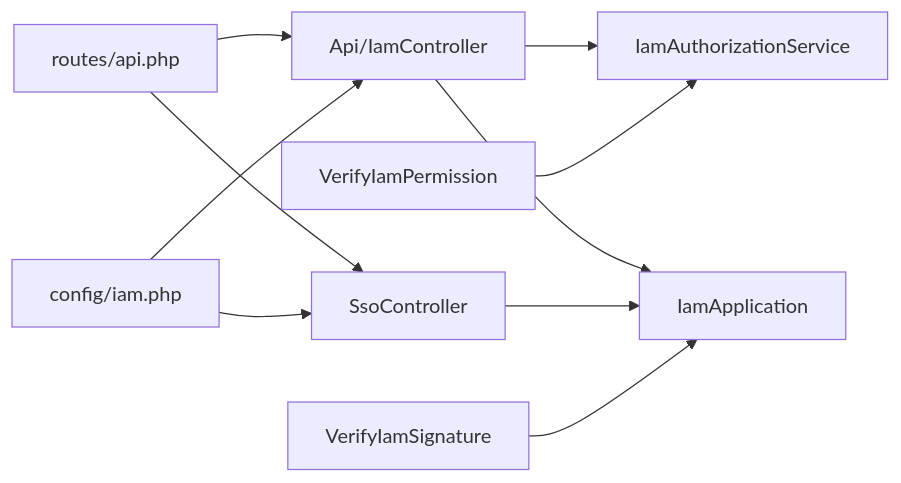
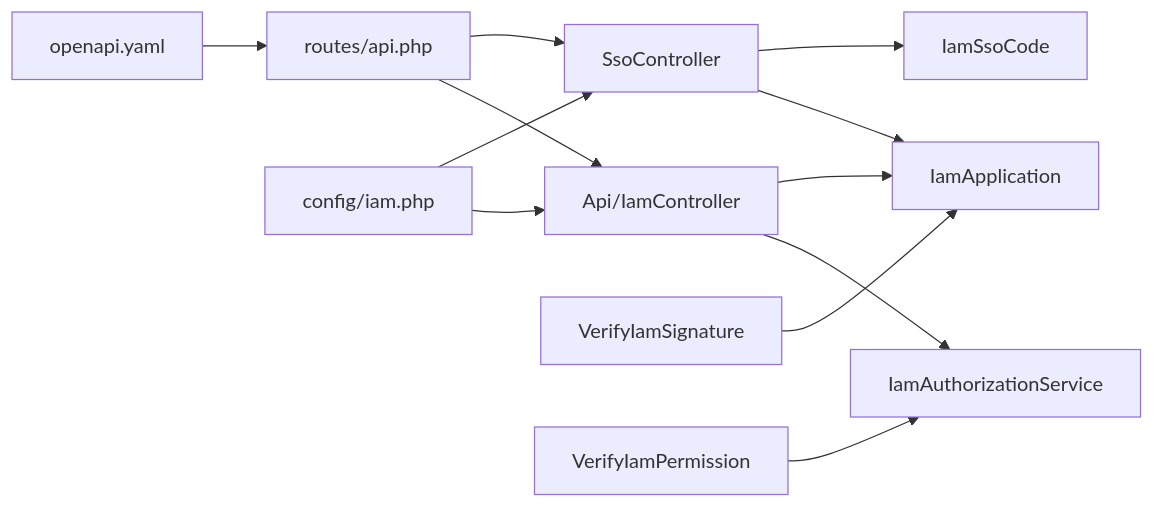
Before and after one commit to PA-Penajam/kepegawaian_apps: the eighth of 9 diagrams in .qoder/repowiki/en/content/API Documentation/IAM Authentication API.md, drawn with Mermaid. The commit also changed other lines of this file and 13 other files, not shown here.

````diff
--- a/.qoder/repowiki/en/content/API Documentation/IAM Authentication API.md
+++ b/.qoder/repowiki/en/content/API Documentation/IAM Authentication API.md
@@ -389,12 +783,14 @@
 ```mermaid
 graph LR
 R["routes/api.php"] --> C["Api/IamController"]
 R --> S["SsoController"]
 C --> A["IamAuthorizationService"]
 C --> M1["IamApplication"]
 S --> M1
+S --> M4["IamSsoCode"]
 MW1["VerifyIamSignature"] --> M1
 MW2["VerifyIamPermission"] --> A
 CFG["config/iam.php"] --> C
 CFG --> S
+DOC["openapi.yaml"] --> R
 ```
````
